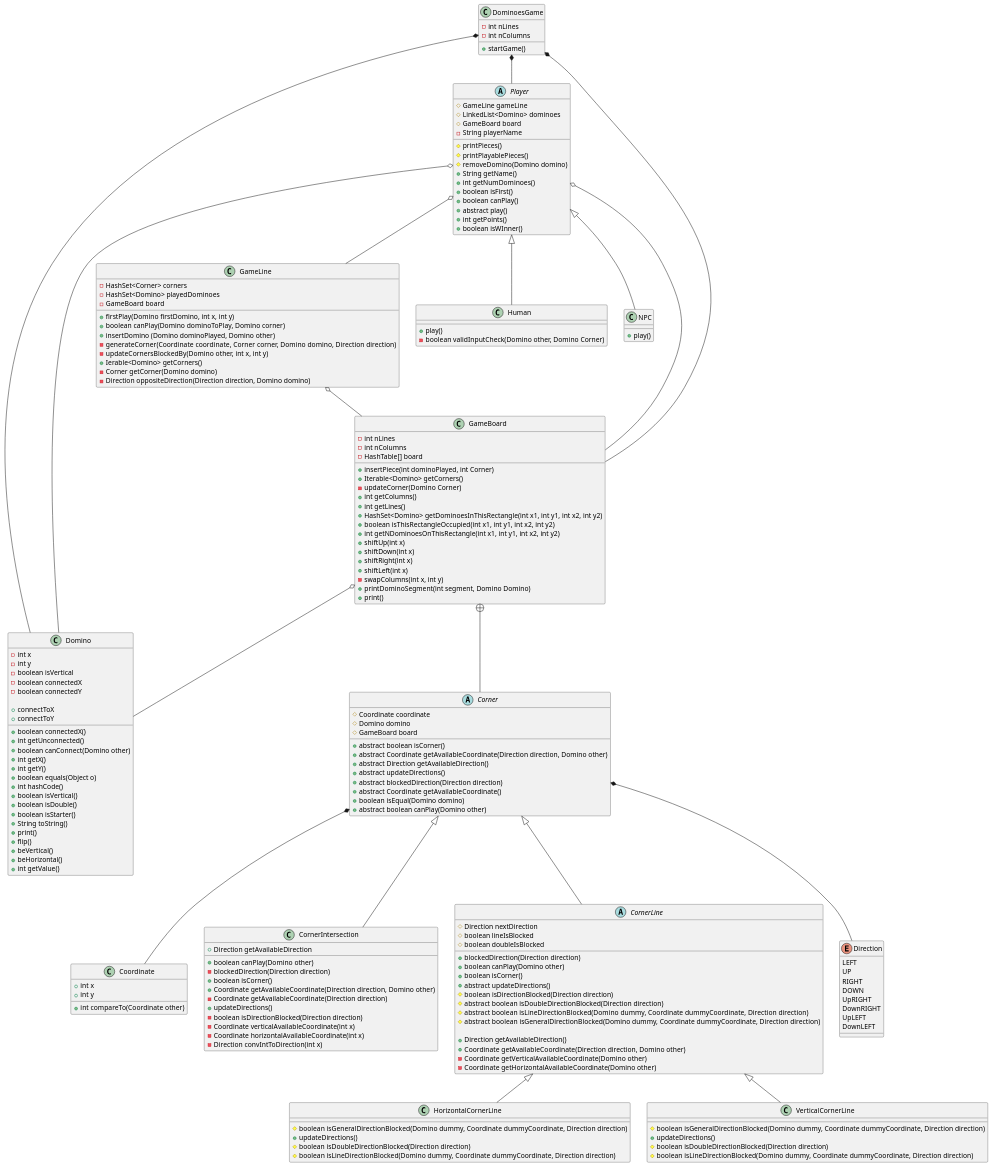
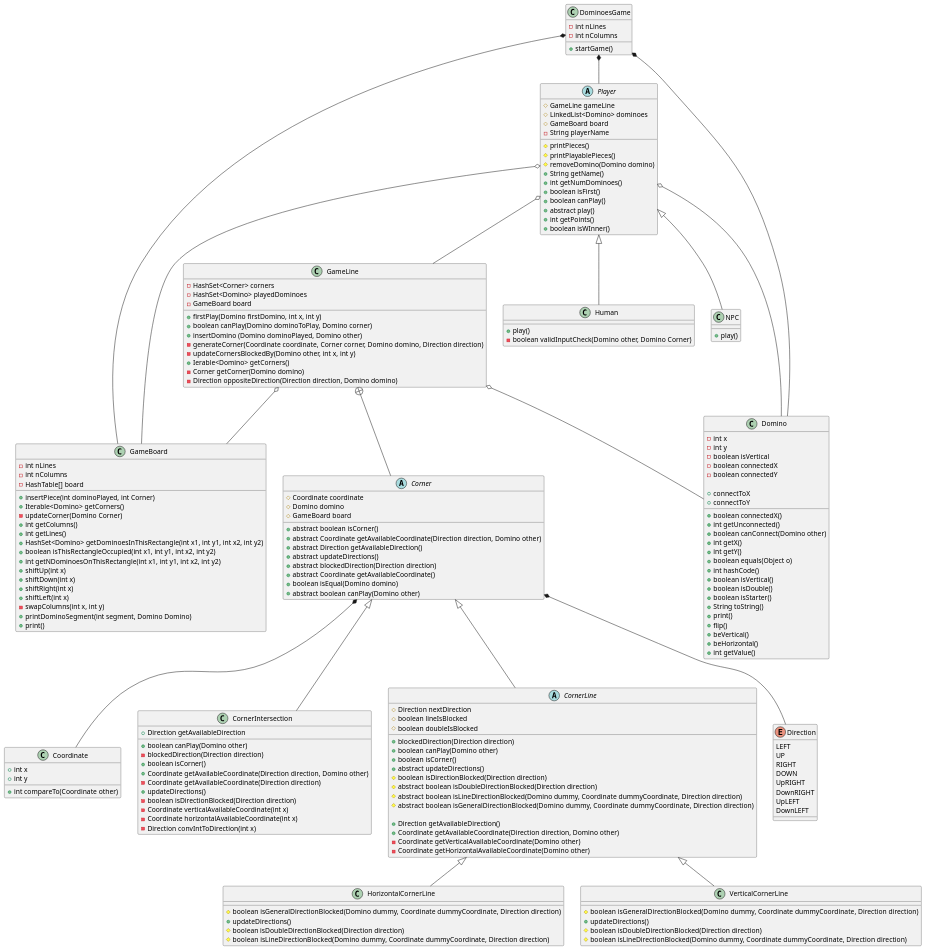
One commit to afonsoflou/DominoPOO changed the diagram in src/DominoUML.puml. Above: the diagram before and after it, drawn with PlantUML.

Commit message:
Integration UML

```diff
--- a/src/DominoUML.puml
+++ b/src/DominoUML.puml
@@ -188,7 +188,7 @@
 DominoesGame *-- Player
 Corner *-- Coordinate
 Corner *-- Direction
-GameBoard o-- Domino
+GameLine o-- Domino
 Player o-- Domino
 Player o-- GameLine
 Player o-- GameBoard
@@ -199,6 +199,6 @@
 Corner <|-- CornerLine
 CornerLine <|-- HorizontalCornerLine
 CornerLine <|-- VerticalCornerLine
-GameBoard +-- Corner
+GameLine +-- Corner
 
 @enduml
```
